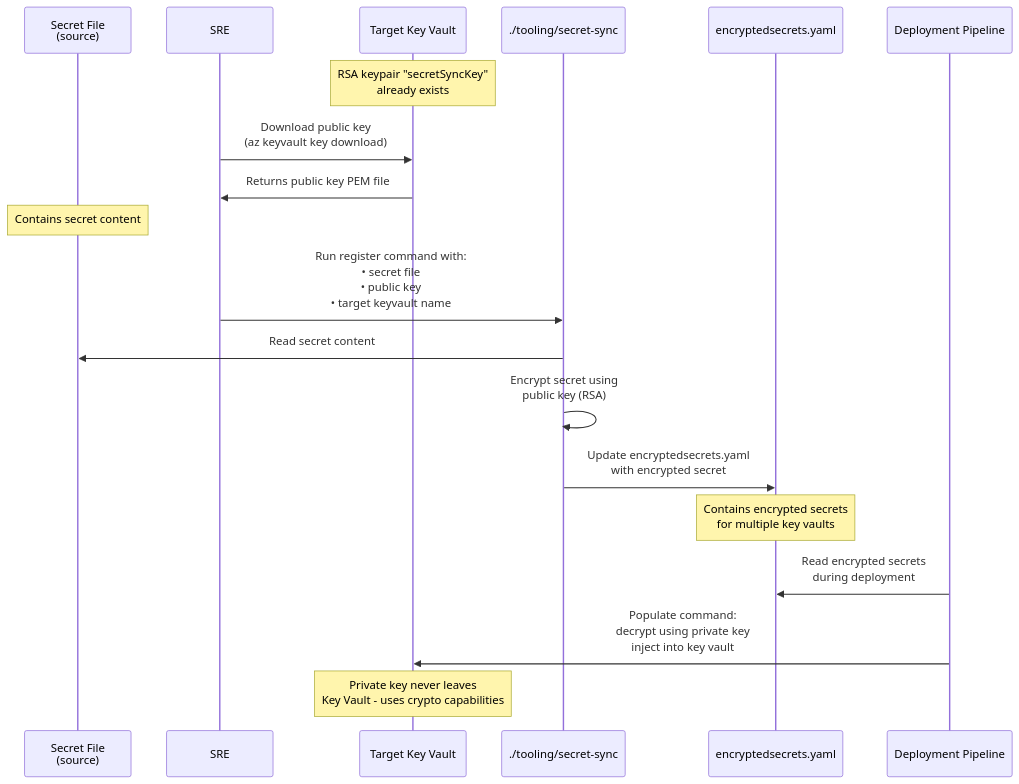
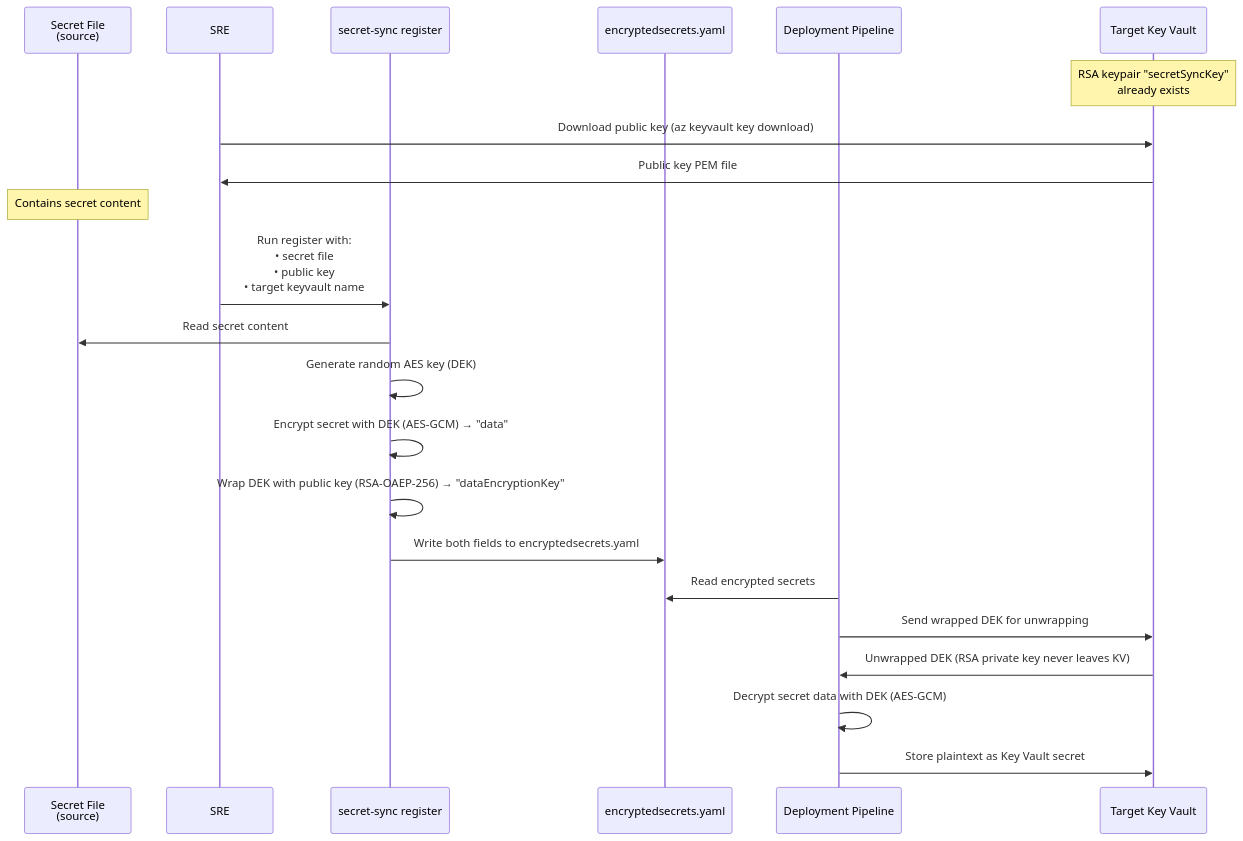
Before and after one commit to Azure/ARO-HCP: the diagram in docs/secret-sync.md, drawn with Mermaid. The commit also changed other lines of this file, not shown here.

Commit message:
Update encryption workflow

````diff
--- a/docs/secret-sync.md
+++ b/docs/secret-sync.md
@@ -19,28 +43,29 @@
 ```mermaid
 sequenceDiagram
     participant SF as Secret File<br/>(source)
-    participant SRE as SRE
-    participant TKV as Target Key Vault
-    participant ST as ./tooling/secret-sync
-    participant Config as encryptedsecrets.yaml
+    participant SRE
+    participant Tool as secret-sync register
+    participant Repo as encryptedsecrets.yaml
     participant Pipeline as Deployment Pipeline
+    participant KV as Target Key Vault
 
-    Note over TKV: RSA keypair "secretSyncKey"<br/>already exists
+    Note over KV: RSA keypair "secretSyncKey"<br/>already exists
 
-    SRE->>TKV: Download public key<br/>(az keyvault key download)
-    TKV->>SRE: Returns public key PEM file
+    SRE->>KV: Download public key (az keyvault key download)
+    KV->>SRE: Public key PEM file
 
     Note over SF: Contains secret content
 
-    SRE->>ST: Run register command with:<br/>• secret file<br/>• public key<br/>• target keyvault name
-    ST->>SF: Read secret content
-    ST->>ST: Encrypt secret using<br/>public key (RSA)
-    ST->>Config: Update encryptedsecrets.yaml<br/>with encrypted secret
+    SRE->>Tool: Run register with:<br/>• secret file<br/>• public key<br/>• target keyvault name
+    Tool->>SF: Read secret content
+    Tool->>Tool: Generate random AES key (DEK)
+    Tool->>Tool: Encrypt secret with DEK (AES-GCM) → "data"
+    Tool->>Tool: Wrap DEK with public key (RSA-OAEP-256) → "dataEncryptionKey"
+    Tool->>Repo: Write both fields to encryptedsecrets.yaml
 
-    Note over Config: Contains encrypted secrets<br/>for multiple key vaults
-
-    Pipeline->>Config: Read encrypted secrets<br/>during deployment
-    Pipeline->>TKV: Populate command:<br/>decrypt using private key<br/>inject into key vault
-
-    Note over TKV: Private key never leaves<br/>Key Vault - uses crypto capabilities
+    Pipeline->>Repo: Read encrypted secrets
+    Pipeline->>KV: Send wrapped DEK for unwrapping
+    KV->>Pipeline: Unwrapped DEK (RSA private key never leaves KV)
+    Pipeline->>Pipeline: Decrypt secret data with DEK (AES-GCM)
+    Pipeline->>KV: Store plaintext as Key Vault secret
 ```
````
